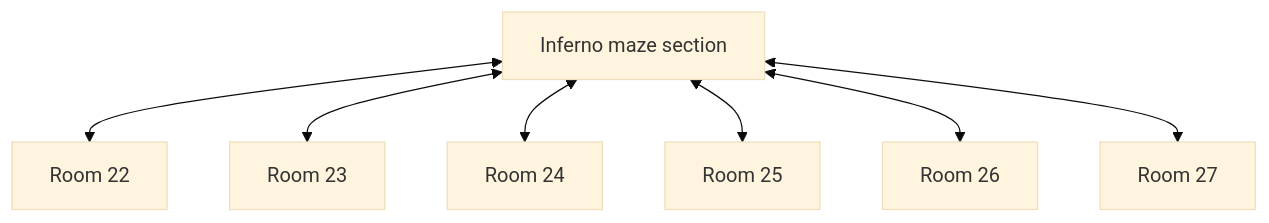
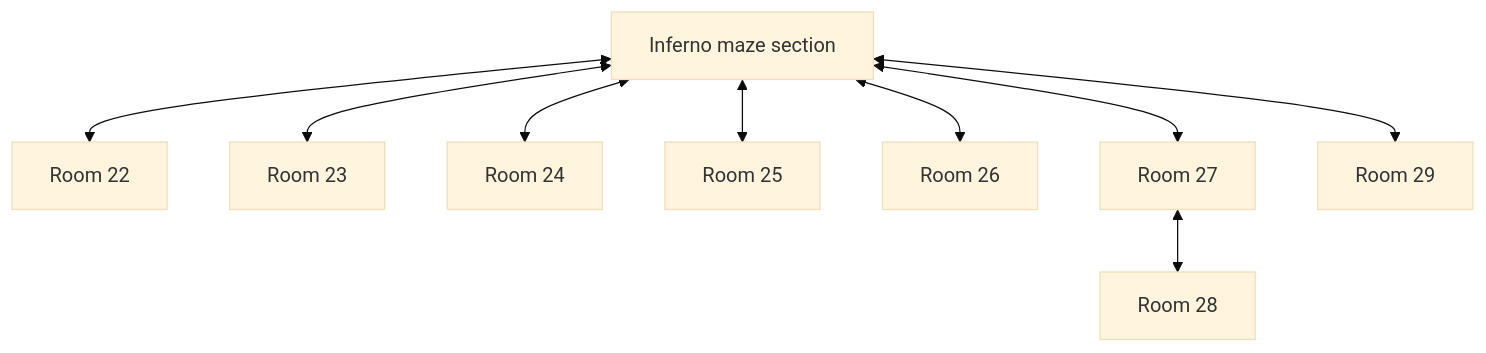
Before and after one commit to SlothBorg/Dungeon23: the fifth of 5 diagrams in Dungeon/Level_03/README.md, drawn with Mermaid (base theme). The commit also changed other lines of this file and 4 other files, not shown here.

````diff
--- a/Dungeon/Level_03/README.md
+++ b/Dungeon/Level_03/README.md
@@ -54,9 +58,11 @@
 ```mermaid
 flowchart TD
     Inferno[Inferno maze section] <-->C22[Room 22]
     Inferno <--> C23[Room 23]
     Inferno <--> C24[Room 24]
     Inferno <--> C25[Room 25]
     Inferno <--> C26[Room 26]
     Inferno <--> C27[Room 27]
+    C27 <--> C28[Room 28]
+    Inferno <--> C29[Room 29]
 ```
````
